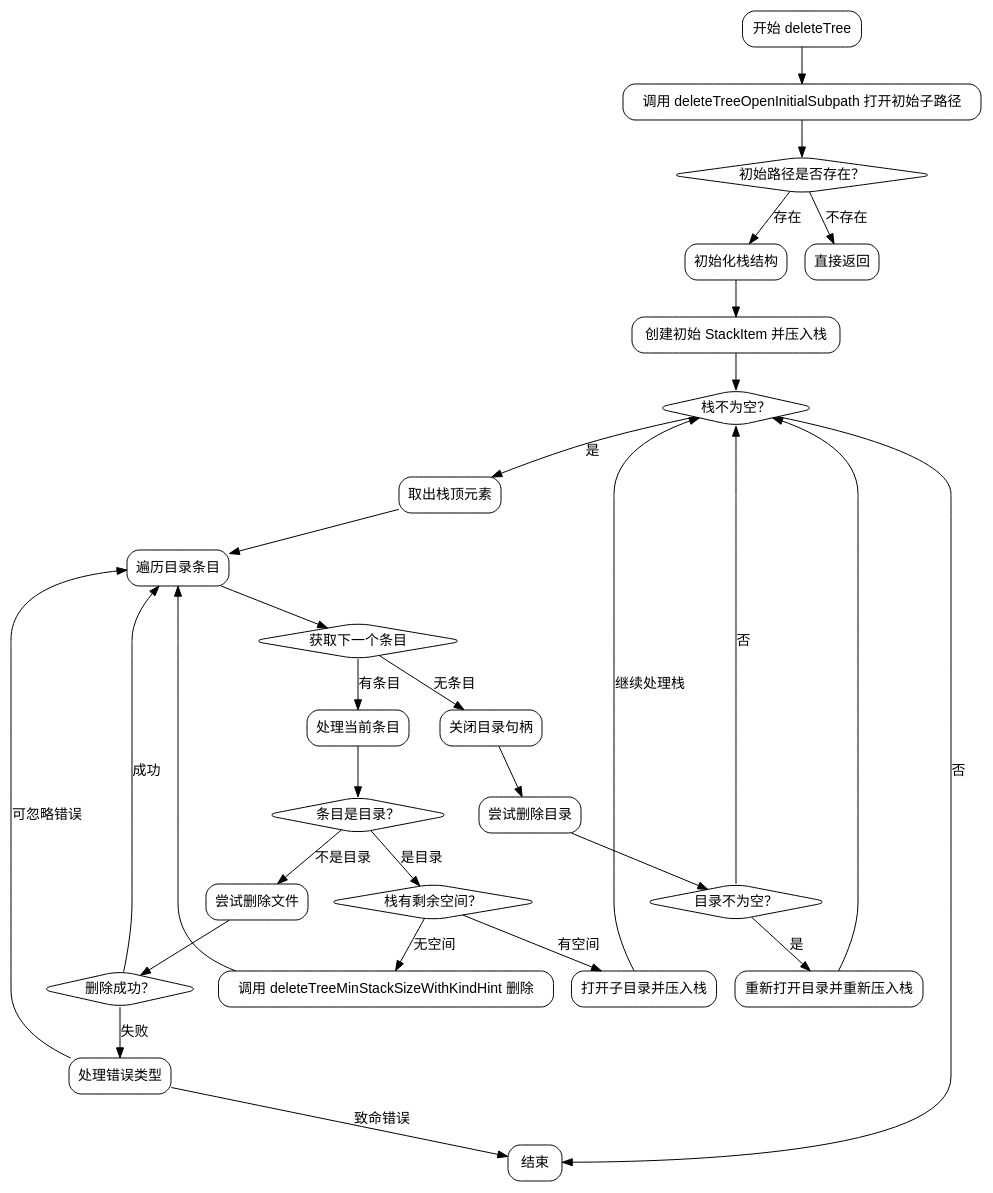
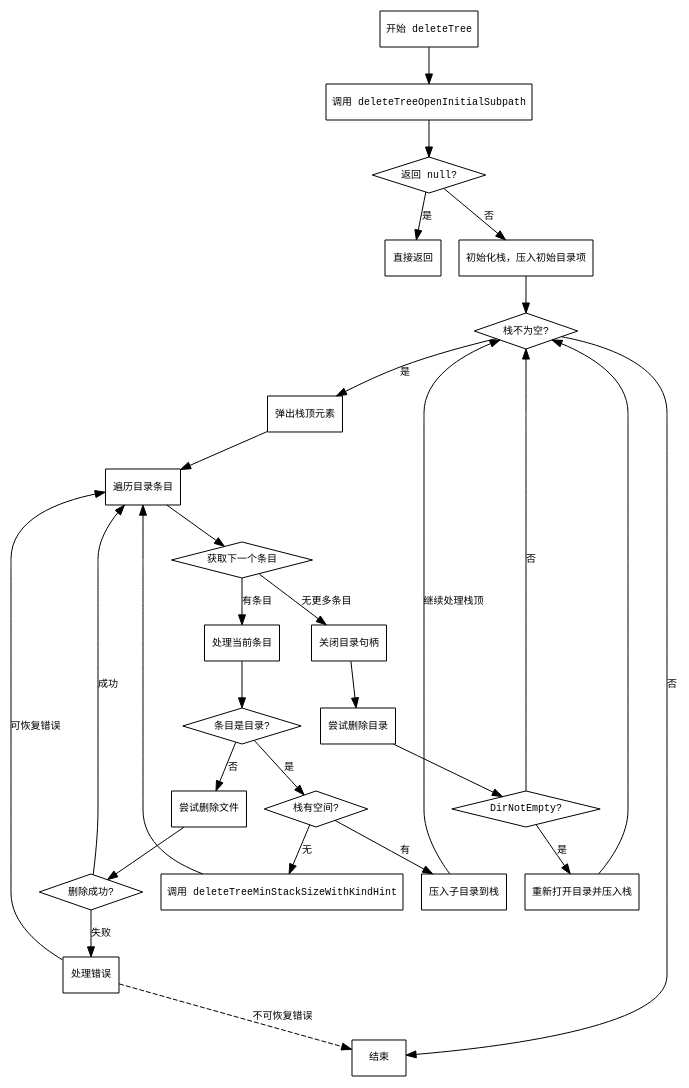
The diagram in dot_std/fs/Dir.zig.deleteTree.md (sdzx-1/deepseek-zig-reader), drawn with Graphviz before and after one commit. The commit also changed other lines of this file and 236 other files, not shown here.

````diff
--- a/dot_std/fs/Dir.zig.deleteTree.md
+++ b/dot_std/fs/Dir.zig.deleteTree.md
@@ -29,60 +28,58 @@
 ```dot
-digraph flowchart {
-    node [shape=rectangle, style=rounded, fontname=Helvetica]
-    edge [fontname=Helvetica]
+digraph deleteTree {
+    node [shape=rectangle, fontname="Courier", fontsize=10];
+    edge [fontname="Courier", fontsize=10];
 
-    start [label="开始 deleteTree"]
-    init_stack [label="初始化栈结构"]
-    open_initial [label="调用 deleteTreeOpenInitialSubpath 打开初始子路径"]
-    check_initial [label="初始路径是否存在？", shape=diamond]
-    return_early [label="直接返回"]
-    create_stack_item [label="创建初始 StackItem 并压入栈"]
-    process_stack_loop [label="栈不为空？", shape=diamond]
-    pop_stack [label="取出栈顶元素"]
-    iterate_entries [label="遍历目录条目"]
-    entry_exists [label="获取下一个条目", shape=diamond]
-    handle_entry [label="处理当前条目"]
-    is_directory [label="条目是目录？", shape=diamond]
-    check_stack_capacity [label="栈有剩余空间？", shape=diamond]
-    push_subdir [label="打开子目录并压入栈"]
-    delete_min_stack [label="调用 deleteTreeMinStackSizeWithKindHint 删除"]
-    delete_file [label="尝试删除文件"]
-    delete_success [label="删除成功？", shape=diamond]
-    handle_errors [label="处理错误类型"]
-    close_dir [label="关闭目录句柄"]
-    delete_dir [label="尝试删除目录"]
-    dir_not_empty [label="目录不为空？", shape=diamond]
-    reopen_dir [label="重新打开目录并重新压入栈"]
-    end [label="结束"]
+    start [label="开始 deleteTree"];
+    open_initial [label="调用 deleteTreeOpenInitialSubpath"];
+    initial_null [label="返回 null?", shape=diamond];
+    return_early [label="直接返回"];
+    init_stack [label="初始化栈，压入初始目录项"];
+    process_stack [label="栈不为空?", shape=diamond];
+    pop_stack [label="弹出栈顶元素"];
+    iterate_entry [label="遍历目录条目"];
+    entry_exists [label="获取下一个条目", shape=diamond];
+    handle_entry [label="处理当前条目"];
+    is_directory [label="条目是目录?", shape=diamond];
+    stack_capacity [label="栈有空间?", shape=diamond];
+    push_stack [label="压入子目录到栈"];
+    delete_min_stack [label="调用 deleteTreeMinStackSizeWithKindHint"];
+    delete_file [label="尝试删除文件"];
+    delete_success [label="删除成功?", shape=diamond];
+    handle_errors [label="处理错误"];
+    close_dir [label="关闭目录句柄"];
+    delete_dir [label="尝试删除目录"];
+    dir_not_empty [label="DirNotEmpty?", shape=diamond];
+    retry_push [label="重新打开目录并压入栈"];
+    end [label="结束"];
 
-    start -> open_initial
-    open_initial -> check_initial
-    check_initial -> return_early [label="不存在"]
-    check_initial -> init_stack [label="存在"]
-    init_stack -> create_stack_item
-    create_stack_item -> process_stack_loop
-    process_stack_loop -> pop_stack [label="是"]
-    pop_stack -> iterate_entries
-    iterate_entries -> entry_exists
-    entry_exists -> handle_entry [label="有条目"]
-    entry_exists -> close_dir [label="无条目"]
-    handle_entry -> is_directory
-    is_directory -> check_stack_capacity [label="是目录"]
-    check_stack_capacity -> push_subdir [label="有空间"]
-    check_stack_capacity -> delete_min_stack [label="无空间"]
-    is_directory -> delete_file [label="不是目录"]
-    delete_file -> delete_success
-    delete_success -> handle_errors [label="失败"]
-    delete_success -> iterate_entries [label="成功"]
-    push_subdir -> process_stack_loop [label="继续处理栈"]
-    delete_min_stack -> iterate_entries
-    handle_errors -> iterate_entries [label="可忽略错误"]
-    handle_errors -> end [label="致命错误"]
-    close_dir -> delete_dir
-    delete_dir -> dir_not_empty
-    dir_not_empty -> reopen_dir [label="是"]
-    dir_not_empty -> process_stack_loop [label="否"]
-    reopen_dir -> process_stack_loop
-    process_stack_loop -> end [label="否"]
+    start -> open_initial;
+    open_initial -> initial_null;
+    initial_null -> return_early [label="是"];
+    initial_null -> init_stack [label="否"];
+    init_stack -> process_stack;
+    process_stack -> pop_stack [label="是"];
+    pop_stack -> iterate_entry;
+    iterate_entry -> entry_exists;
+    entry_exists -> handle_entry [label="有条目"];
+    entry_exists -> close_dir [label="无更多条目"];
+    handle_entry -> is_directory;
+    is_directory -> stack_capacity [label="是"];
+    is_directory -> delete_file [label="否"];
+    stack_capacity -> push_stack [label="有"];
+    stack_capacity -> delete_min_stack [label="无"];
+    push_stack -> process_stack [label="继续处理栈顶"];
+    delete_min_stack -> iterate_entry;
+    delete_file -> delete_success;
+    delete_success -> iterate_entry [label="成功"];
+    delete_success -> handle_errors [label="失败"];
+    handle_errors -> iterate_entry [label="可恢复错误"];
+    handle_errors -> end [label="不可恢复错误", style=dashed];
+    close_dir -> delete_dir;
+    delete_dir -> dir_not_empty;
+    dir_not_empty -> retry_push [label="是"];
+    dir_not_empty -> process_stack [label="否"];
+    retry_push -> process_stack;
+    process_stack -> end [label="否"];
 }
 ``` 
````
